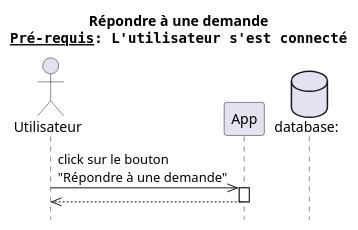
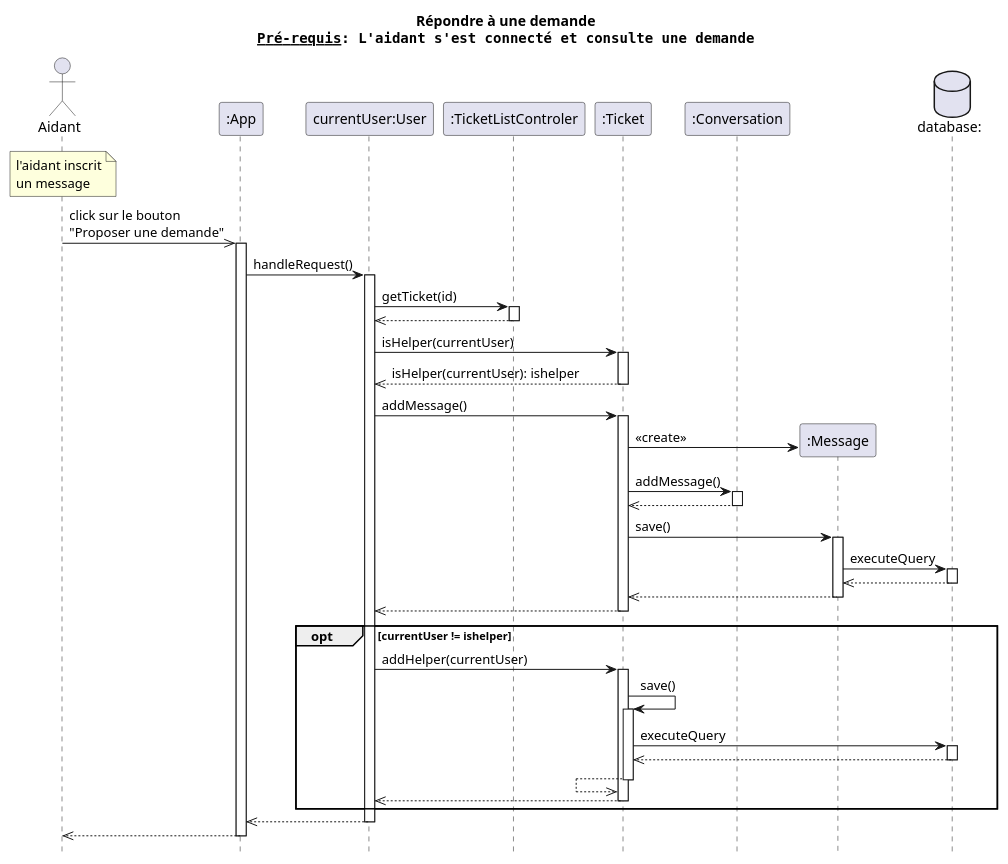
Before and after one commit to dorianleveque/CoHub: the diagram in docs/UML/diagrammes séquence/repondre a une demande.puml, drawn with PlantUML. The commit also changed 7 other files, not shown here.

Commit message:
update documentation + diagramme séquence

```diff
--- a/docs/UML/diagrammes séquence/repondre a une demande.puml
+++ b/docs/UML/diagrammes séquence/repondre a une demande.puml
@@ -1,17 +1,72 @@
 @startuml repondre a une demande
-title Répondre à une demande\n""__Pré-requis__: L'utilisateur s'est connecté""
+title Répondre à une demande\n""__Pré-requis__: L'aidant s'est connecté et consulte une demande""
 hide footbox
 
-actor client as "Utilisateur"
-participant app as "App" order 2 
-database bdd as "database:"  order 6
+actor client as "Aidant" order 1
+participant app as ":App" order 2 
+participant user as "currentUser:User" order 3
+participant tlc as ":TicketListControler" order 4
+participant conv as ":Conversation" order 5
+participant ticket as ":Ticket" order 4
+database bdd as "database:"  order 7
 
-client ->> app: click sur le bouton\n"Répondre à une demande"
+note over client: l'aidant inscrit\nun message
+client ->> app: click sur le bouton\n"Proposer une demande"
 activate app
+app -> user: handleRequest()
+activate user
 
+user -> tlc: getTicket(id)
+activate tlc
+user <<-- tlc
+deactivate tlc
 
+user -> ticket: isHelper(currentUser)
+activate ticket
+user <<-- ticket: isHelper(currentUser): ishelper
+deactivate ticket
 
+user -> ticket: addMessage()
+activate ticket
+create msg as ":Message" order 6
+ticket -> msg: <<create>>
+
+ticket -> conv: addMessage()
+activate conv
+ticket <<-- conv
+deactivate conv
+
+ticket -> msg: save()
+activate msg
+msg -> bdd: executeQuery
+activate bdd
+msg <<-- bdd
+deactivate bdd
+ticket <<-- msg 
+deactivate msg
+
+user <<-- ticket
+deactivate ticket
+
+opt currentUser != ishelper 
+user -> ticket: addHelper(currentUser)
+activate ticket
+ticket -> ticket: save()
+activate ticket
+ticket -> bdd: executeQuery
+activate bdd
+ticket <<-- bdd
+deactivate bdd
+ticket <<-- ticket
+deactivate ticket
+user <<-- ticket
+deactivate ticket
+end
+
+app <<-- user
+deactivate user
 client <<-- app
 deactivate app
 
+
 @enduml
```
